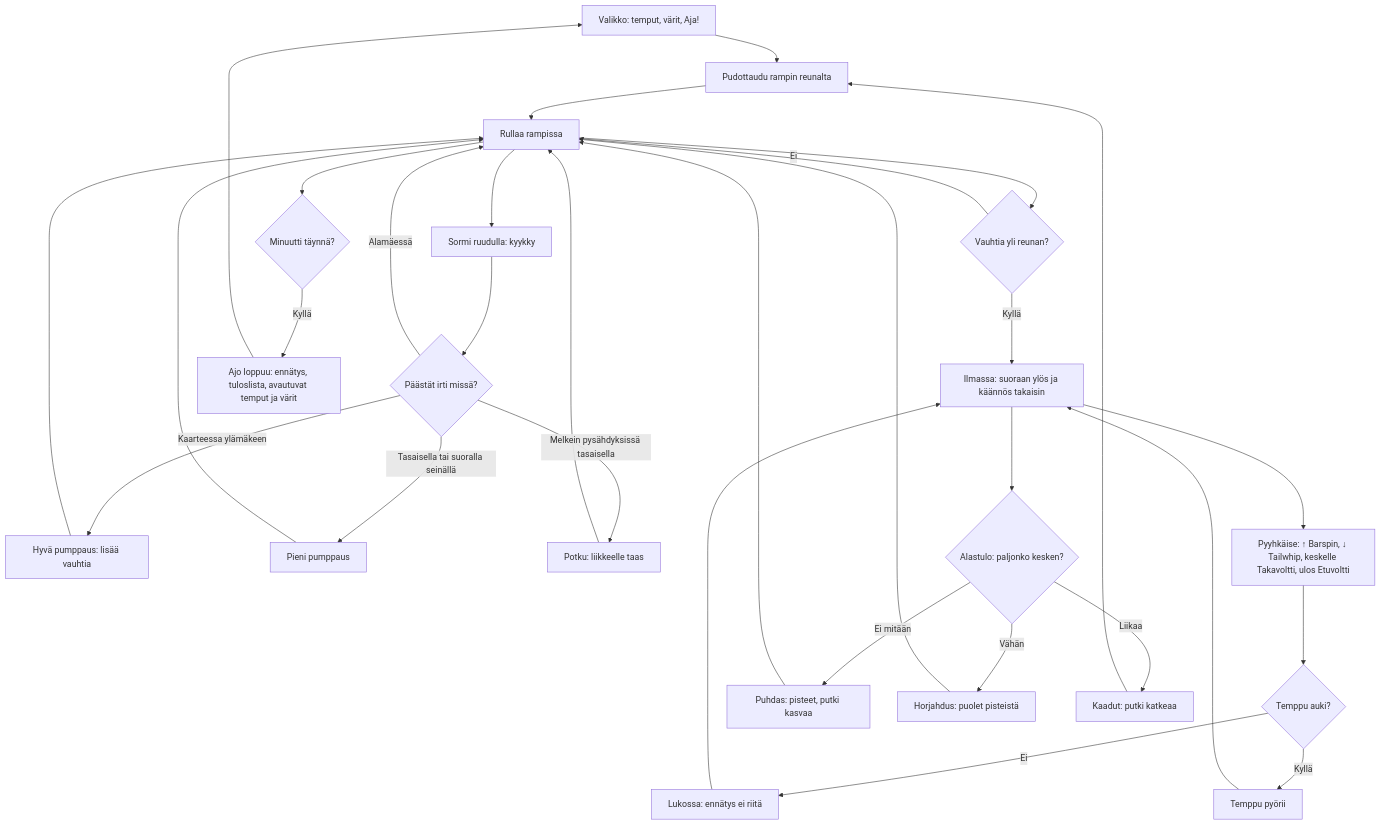
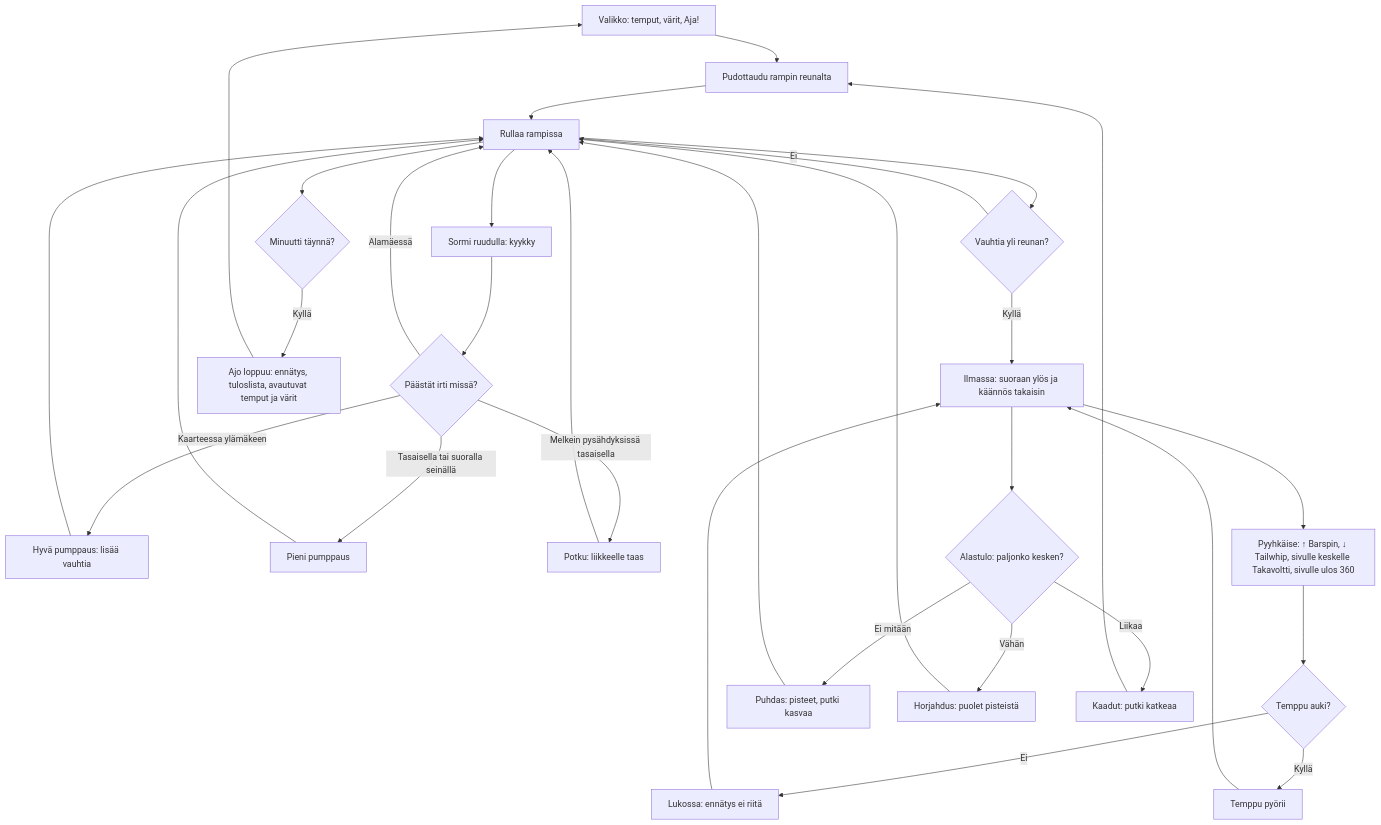
The diagram in docs/diagrams/skuutti.md (eerovil/ai-pelit), drawn with Mermaid before and after one commit. The commit also changed other lines of this file and 3 other files, not shown here.

````diff
--- a/docs/diagrams/skuutti.md
+++ b/docs/diagrams/skuutti.md
@@ -8,39 +8,39 @@
 ```mermaid
 flowchart TD
   A[Valikko: temput, värit, Aja!] --> B[Pudottaudu rampin reunalta]
   B --> C[Rullaa rampissa]
   C --> D[Sormi ruudulla: kyykky]
   D --> E{Päästät irti missä?}
   E -- Kaarteessa ylämäkeen --> F[Hyvä pumppaus: lisää vauhtia]
   E -- Tasaisella tai suoralla seinällä --> G[Pieni pumppaus]
   E -- Alamäessä --> C
   E -- Melkein pysähdyksissä tasaisella --> H[Potku: liikkeelle taas]
   F --> C
   G --> C
   H --> C
   C --> I{Vauhtia yli reunan?}
   I -- Ei --> C
   I -- Kyllä --> J[Ilmassa: suoraan ylös ja käännös takaisin]
-  J --> K[Pyyhkäise: ↑ Barspin, ↓ Tailwhip, keskelle Takavoltti, ulos Etuvoltti]
+  J --> K[Pyyhkäise: ↑ Barspin, ↓ Tailwhip, sivulle keskelle Takavoltti, sivulle ulos 360]
   K --> L{Temppu auki?}
   L -- Ei --> M[Lukossa: ennätys ei riitä]
   L -- Kyllä --> N[Temppu pyörii]
   M --> J
   N --> J
   J --> O{Alastulo: paljonko kesken?}
   O -- Ei mitään --> P[Puhdas: pisteet, putki kasvaa]
   O -- Vähän --> Q[Horjahdus: puolet pisteistä]
   O -- Liikaa --> R[Kaadut: putki katkeaa]
   R --> B
   P --> C
   Q --> C
   C --> S{Minuutti täynnä?}
   S -- Kyllä --> T[Ajo loppuu: ennätys, tuloslista, avautuvat temput ja värit]
   T --> A
   class D,K blue
   class E,I,L,O,S amber
   class B,C,F,G,H,J,N teal
   class A violet
   class P,Q,T green
   class M,R rose
 ```
````
